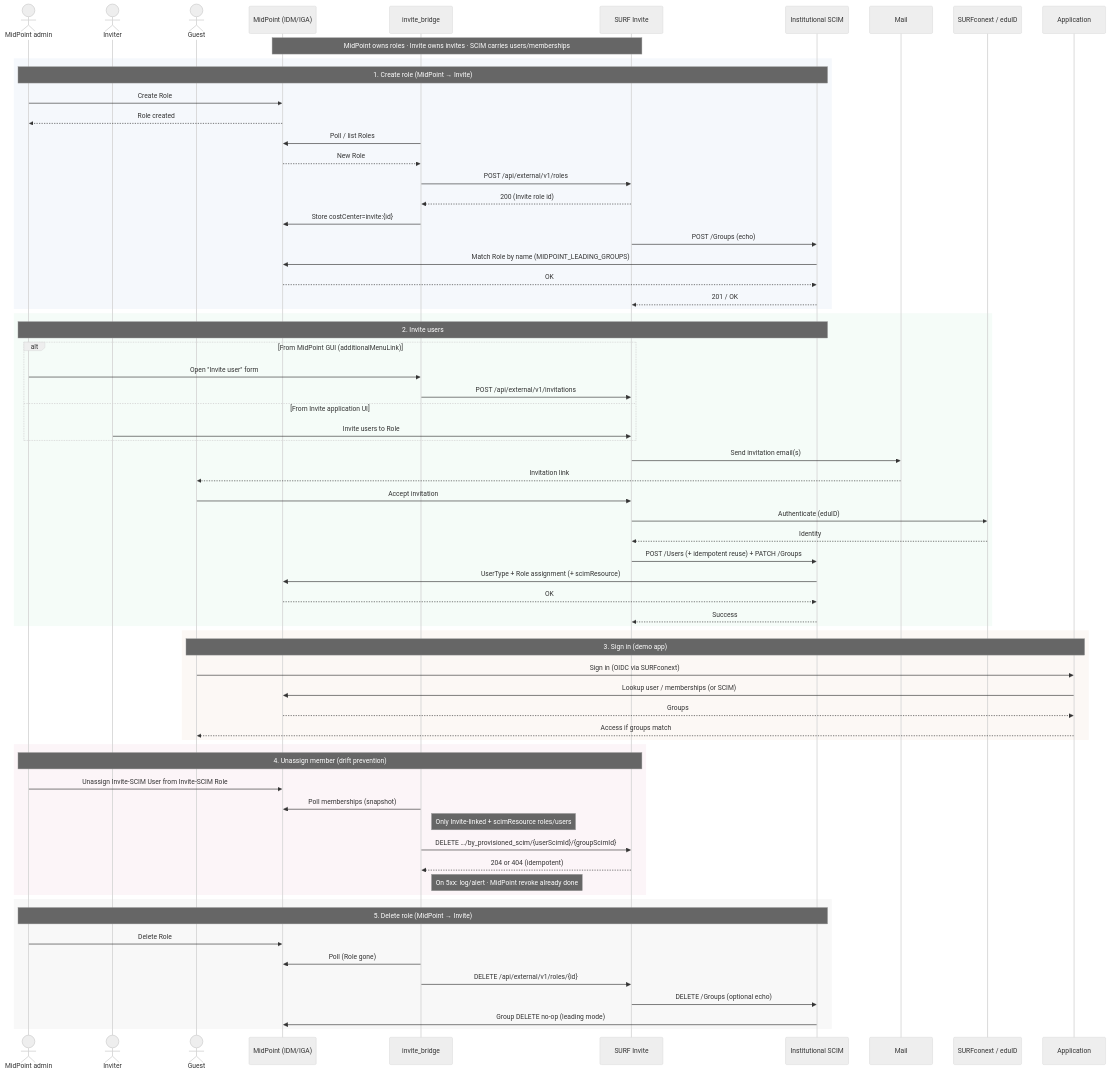
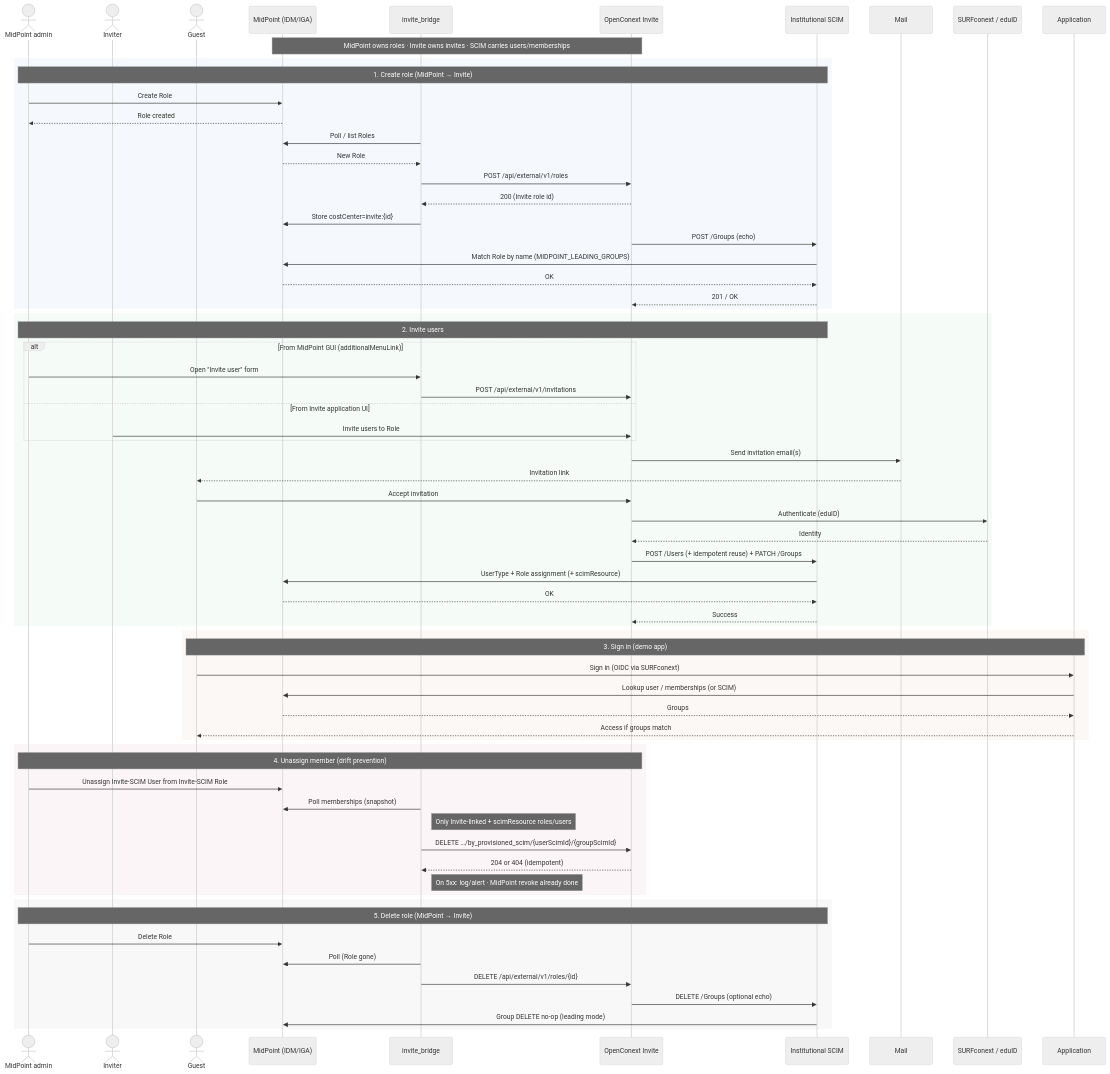
The diagram in README.md (HarryKodden/midpoint-invite-integration), drawn with Mermaid (neutral theme) before and after one commit. The commit also changed other lines of this file and 2 other files, not shown here.

Commit message:
docs: rename SURF Invite to OpenConext Invite

````diff
--- a/README.md
+++ b/README.md
@@ -278,76 +278,76 @@
 ```mermaid
 sequenceDiagram
     actor Admin as MidPoint admin
     actor Inviter as Inviter
     actor Guest as Guest
     participant IDM as MidPoint (IDM/IGA)
     participant Bridge as invite_bridge
-    participant Invite as SURF Invite
+    participant Invite as OpenConext Invite
     participant SCIM as Institutional SCIM
     participant Mail as Mail
     participant Auth as SURFconext / eduID
     participant APP as Application
 
     Note over IDM,Invite: MidPoint owns roles · Invite owns invites · SCIM carries users/memberships
 
     rect rgb(245, 248, 252)
     Note over Admin,SCIM: 1. Create role (MidPoint → Invite)
     Admin->>IDM: Create Role
     IDM-->>Admin: Role created
     Bridge->>IDM: Poll / list Roles
     IDM-->>Bridge: New Role
     Bridge->>Invite: POST /api/external/v1/roles
     Invite-->>Bridge: 200 (Invite role id)
     Bridge->>IDM: Store costCenter=invite:{id}
     Invite->>SCIM: POST /Groups (echo)
     SCIM->>IDM: Match Role by name (MIDPOINT_LEADING_GROUPS)
     IDM-->>SCIM: OK
     SCIM-->>Invite: 201 / OK
     end
 
     rect rgb(245, 252, 248)
     Note over Admin,SCIM: 2. Invite users
     alt From MidPoint GUI (additionalMenuLink)
         Admin->>Bridge: Open "Invite user" form
         Bridge->>Invite: POST /api/external/v1/invitations
     else From Invite application UI
         Inviter->>Invite: Invite users to Role
     end
     Invite->>Mail: Send invitation email(s)
     Mail-->>Guest: Invitation link
     Guest->>Invite: Accept invitation
     Invite->>Auth: Authenticate (eduID)
     Auth-->>Invite: Identity
     Invite->>SCIM: POST /Users (+ idempotent reuse) + PATCH /Groups
     SCIM->>IDM: UserType + Role assignment (+ scimResource)
     IDM-->>SCIM: OK
     SCIM-->>Invite: Success
     end
 
     rect rgb(252, 248, 245)
     Note over Guest,APP: 3. Sign in (demo app)
     Guest->>APP: Sign in (OIDC via SURFconext)
     APP->>IDM: Lookup user / memberships (or SCIM)
     IDM-->>APP: Groups
     APP-->>Guest: Access if groups match
     end
 
     rect rgb(252, 245, 248)
     Note over Admin,Invite: 4. Unassign member (drift prevention)
     Admin->>IDM: Unassign Invite-SCIM User from Invite-SCIM Role
     Bridge->>IDM: Poll memberships (snapshot)
     Note right of Bridge: Only Invite-linked + scimResource roles/users
     Bridge->>Invite: DELETE …/by_provisioned_scim/{userScimId}/{groupScimId}
     Invite-->>Bridge: 204 or 404 (idempotent)
     Note right of Bridge: On 5xx: log/alert · MidPoint revoke already done
     end
 
     rect rgb(248, 248, 248)
     Note over Admin,SCIM: 5. Delete role (MidPoint → Invite)
     Admin->>IDM: Delete Role
     Bridge->>IDM: Poll (Role gone)
     Bridge->>Invite: DELETE /api/external/v1/roles/{id}
     Invite->>SCIM: DELETE /Groups (optional echo)
     SCIM->>IDM: Group DELETE no-op (leading mode)
     end
 ```
````
